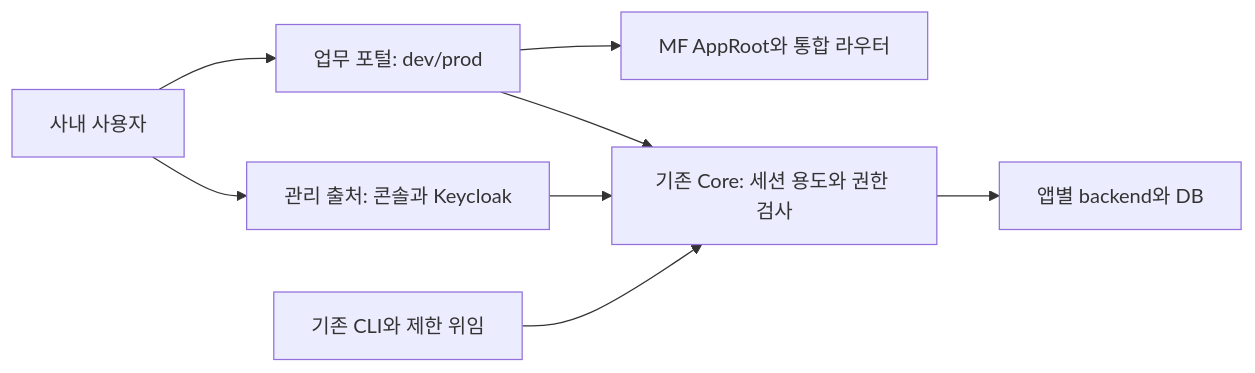
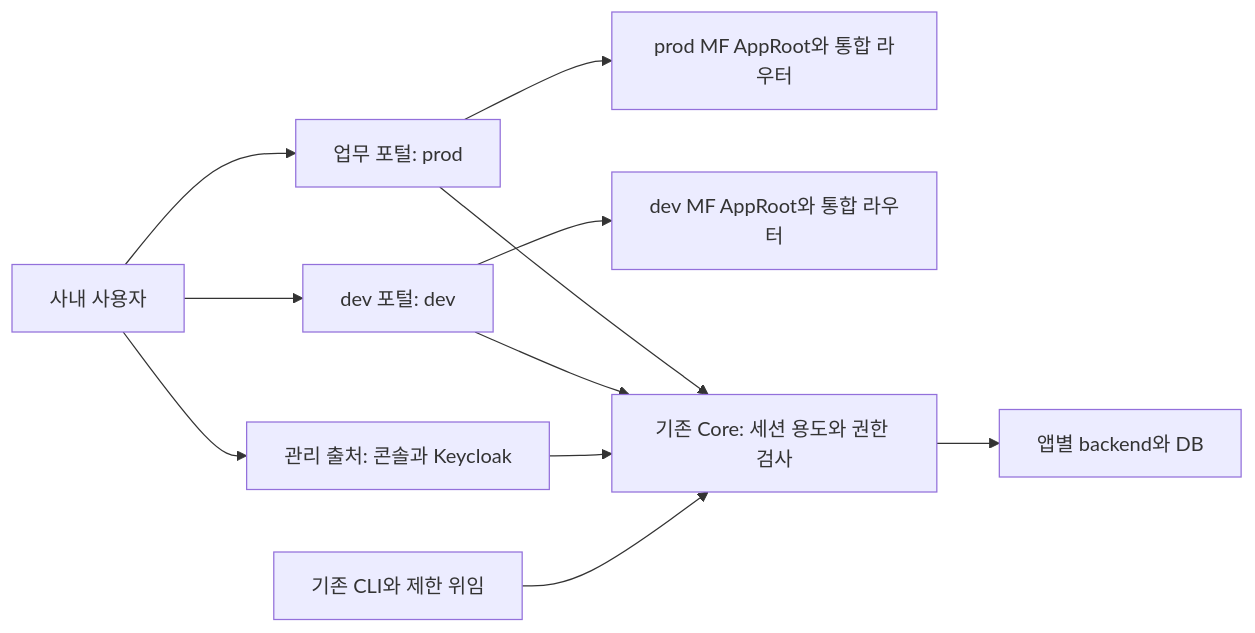
One commit to hurxxxx/miy-v2 changed the diagram in docs/APP-BOUNDARIES.md. Above: the diagram before and after it, drawn with Mermaid. The commit also changed other lines of this file and 32 other files, not shown here.

````diff
--- a/docs/APP-BOUNDARIES.md
+++ b/docs/APP-BOUNDARIES.md
@@ -144,10 +144,13 @@
 ```mermaid
 flowchart LR
-  U[사내 사용자] --> P[업무 포털: dev/prod]
+  U[사내 사용자] --> P[업무 포털: prod]
+  U --> D[dev 포털: dev]
   U --> C[관리 출처: 콘솔과 Keycloak]
-  P --> A[MF AppRoot와 통합 라우터]
+  P --> A[prod MF AppRoot와 통합 라우터]
+  D --> DA[dev MF AppRoot와 통합 라우터]
   P --> G[기존 Core: 세션 용도와 권한 검사]
+  D --> G
   C --> G
   CLI[기존 CLI와 제한 위임] --> G
   G --> B[앱별 backend와 DB]
 ```
````
